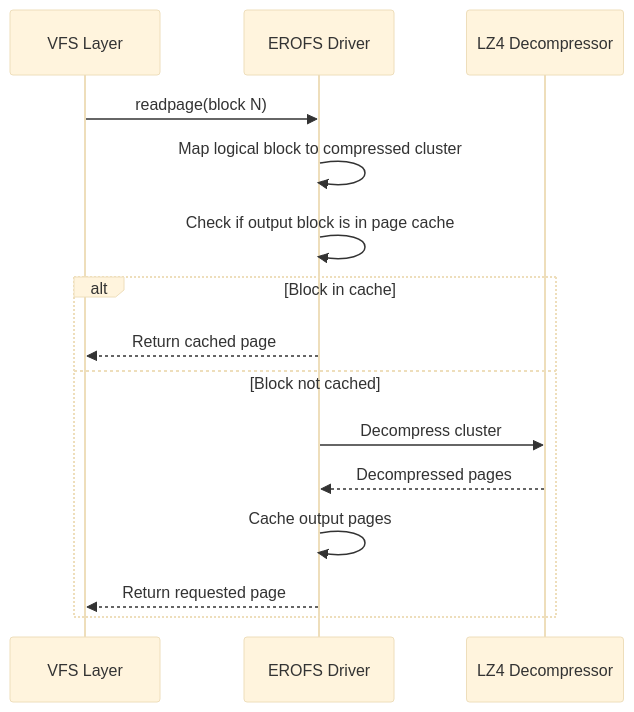
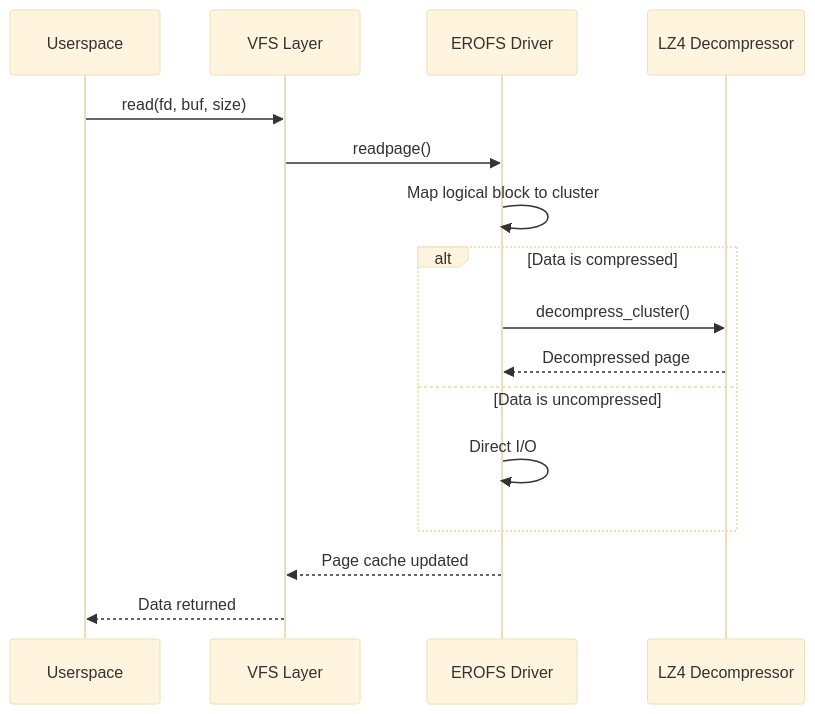
The fifth of 5 diagrams in src/kernel/filesystems/erofs.md (Abhinav-Kumar012/lb2), drawn with Mermaid (base theme) before and after one commit. The commit also changed other lines of this file and 16 other files, not shown here.

````diff
--- a/src/kernel/filesystems/erofs.md
+++ b/src/kernel/filesystems/erofs.md
@@ -277,18 +352,19 @@
 ```mermaid
 sequenceDiagram
+    participant User as Userspace
     participant VFS as VFS Layer
     participant EROFS as EROFS Driver
     participant LZ4 as LZ4 Decompressor
 
-    VFS->>EROFS: readpage(block N)
-    EROFS->>EROFS: Map logical block to compressed cluster
-    EROFS->>EROFS: Check if output block is in page cache
-    alt Block in cache
-        EROFS-->>VFS: Return cached page
-    else Block not cached
-        EROFS->>LZ4: Decompress cluster
-        LZ4-->>EROFS: Decompressed pages
-        EROFS->>EROFS: Cache output pages
-        EROFS-->>VFS: Return requested page
+    User->>VFS: read(fd, buf, size)
+    VFS->>EROFS: readpage()
+    EROFS->>EROFS: Map logical block to cluster
+    alt Data is compressed
+        EROFS->>LZ4: decompress_cluster()
+        LZ4-->>EROFS: Decompressed page
+    else Data is uncompressed
+        EROFS->>EROFS: Direct I/O
     end
+    EROFS-->>VFS: Page cache updated
+    VFS-->>User: Data returned
 ```
````
